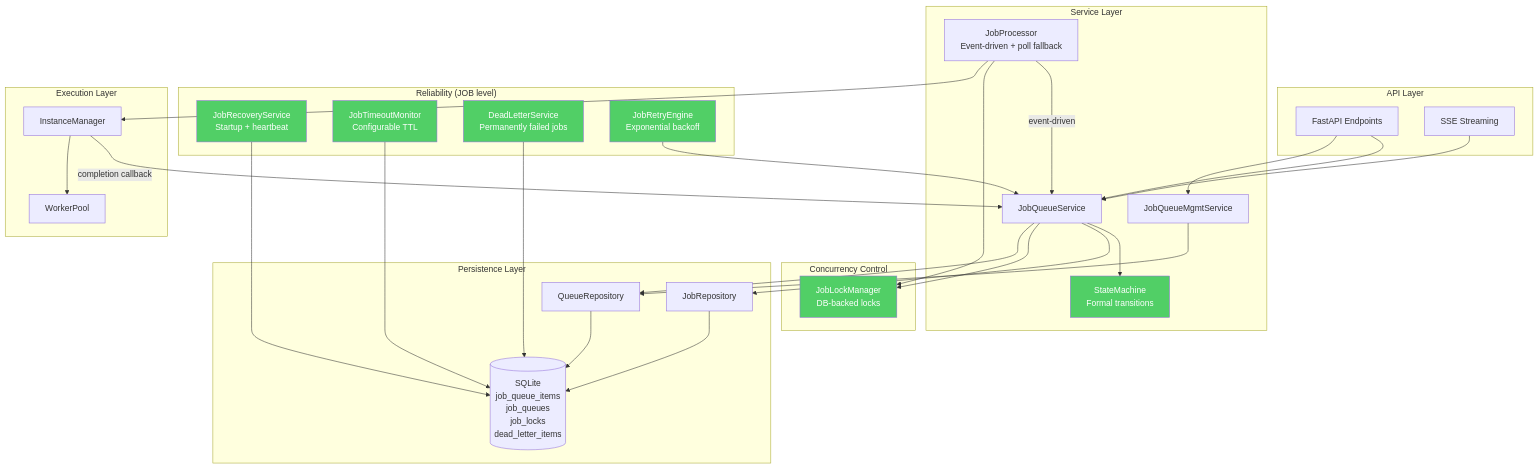
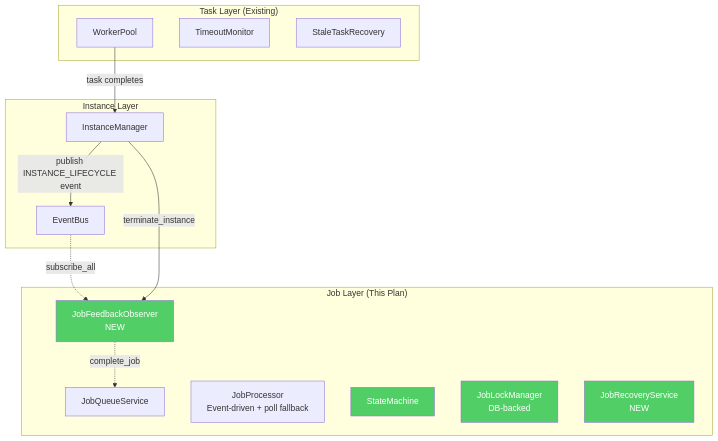
Before and after one commit to disillusioners/ensemble: the second of 3 diagrams in .agents/shared/planning/job-system-improvements/plan-overview.md, drawn with Mermaid. The commit also changed other lines of this file and 8 other files, not shown here.

````diff
--- a/.agents/shared/planning/job-system-improvements/plan-overview.md
+++ b/.agents/shared/planning/job-system-improvements/plan-overview.md
@@ -159,63 +76,33 @@
 ```mermaid
 graph TB
-    subgraph "API Layer"
-        API[FastAPI Endpoints]
-        SSE[SSE Streaming]
+    subgraph "Task Layer (Existing)"
+        WP[WorkerPool]
+        TM[TimeoutMonitor]
+        STR[StaleTaskRecovery]
     end
 
-    subgraph "Service Layer"
-        JQS[JobQueueService]
-        JQMG[JobQueueMgmtService]
-        JP[JobProcessor<br/>Event-driven + poll fallback]
-        SM[StateMachine<br/>Formal transitions]
+    subgraph "Instance Layer"
+        IM[InstanceManager]
+        EB[EventBus]
     end
 
-    subgraph "Concurrency Control"
-        JLM[JobLockManager<br/>DB-backed locks]
+    subgraph "Job Layer (This Plan)"
+        JQS[JobQueueService]
+        JP[JobProcessor<br/>Event-driven + poll fallback]
+        SM[StateMachine]
+        JLM[JobLockManager<br/>DB-backed]
+        JFO[JobFeedbackObserver<br/>NEW]
+        JRS[JobRecoveryService<br/>NEW]
     end
 
-    subgraph "Reliability (JOB level)"
-        JRZ[JobRecoveryService<br/>Startup + heartbeat]
-        JTO[JobTimeoutMonitor<br/>Configurable TTL]
-        DLQ[DeadLetterService<br/>Permanently failed jobs]
-        RTY[JobRetryEngine<br/>Exponential backoff]
-    end
+    WP -->|task completes| IM
+    IM -->|publish INSTANCE_LIFECYCLE event| EB
+    EB -.->|subscribe_all| JFO
+    JFO -.->|complete_job| JQS
+    IM -->|terminate_instance| JFO
 
-    subgraph "Persistence Layer"
-        JR[JobRepository]
-        QR[QueueRepository]
-        DB[(SQLite<br/>job_queue_items<br/>job_queues<br/>job_locks<br/>dead_letter_items)]
-    end
-
-    subgraph "Execution Layer"
-        IM[InstanceManager]
-        WP[WorkerPool]
-    end
-
-    API --> JQS
-    SSE --> JQS
-    API --> JQMG
-    JQS --> SM
-    JQS --> JR
-    JQS --> JLM
-    JQS --> QR
-    JQMG --> QR
-    JP -->|event-driven| JQS
-    JP --> JLM
-    JP --> IM
-    IM -->|completion callback| JQS
-    IM --> WP
-    JR --> DB
-    QR --> DB
-    DLQ --> DB
-    JRZ --> DB
-    JTO --> DB
-    RTY --> JQS
-
+    style JFO fill:#51cf66,color:#fff
     style SM fill:#51cf66,color:#fff
     style JLM fill:#51cf66,color:#fff
-    style JRZ fill:#51cf66,color:#fff
-    style JTO fill:#51cf66,color:#fff
-    style DLQ fill:#51cf66,color:#fff
-    style RTY fill:#51cf66,color:#fff
+    style JRS fill:#51cf66,color:#fff
 ```
````
